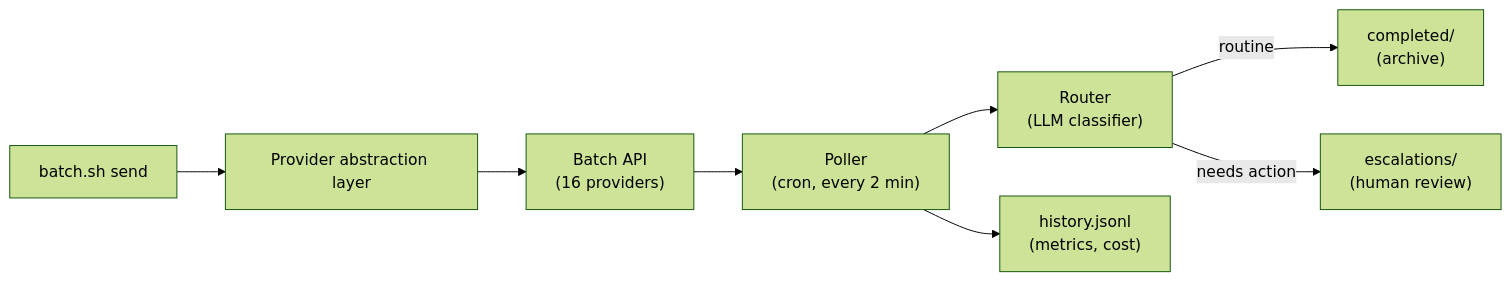
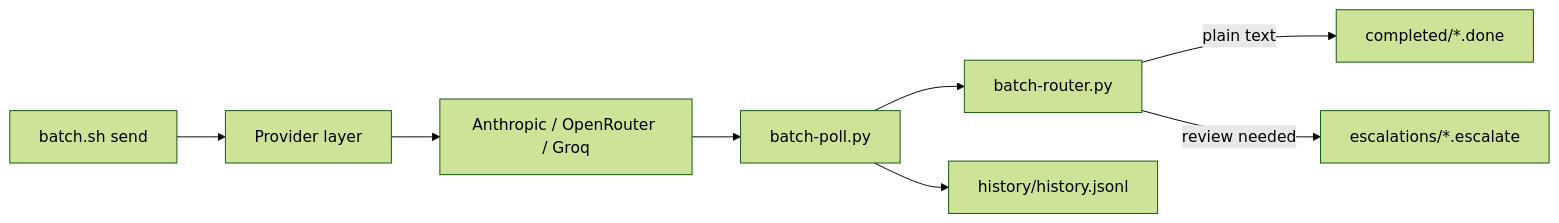
Before and after one commit to Hello-My-Name-Is-Kay/Batch-Processing-Helper: the diagram in README.md, drawn with Mermaid (forest theme). The commit also changed other lines of this file and 35 other files, not shown here.

````diff
--- a/README.md
+++ b/README.md
@@ -44,10 +113,10 @@
 ```mermaid
 flowchart LR
-    A["batch.sh send"] --> B["Provider abstraction layer"]
-    B --> C["Batch API<br/>(16 providers)"]
-    C --> D["Poller<br/>(cron, every 2 min)"]
-    D --> E["Router<br/>(LLM classifier)"]
-    E -->|routine| F["completed/<br/>(archive)"]
-    E -->|needs action| G["escalations/<br/>(human review)"]
-    D --> H["history.jsonl<br/>(metrics, cost)"]
+    A["batch.sh send"] --> B["Provider layer"]
+    B --> C["Anthropic / OpenRouter / Groq"]
+    C --> D["batch-poll.py"]
+    D --> E["batch-router.py"]
+    E -->|plain text| F["completed/*.done"]
+    E -->|review needed| G["escalations/*.escalate"]
+    D --> H["history/history.jsonl"]
 ```
````
